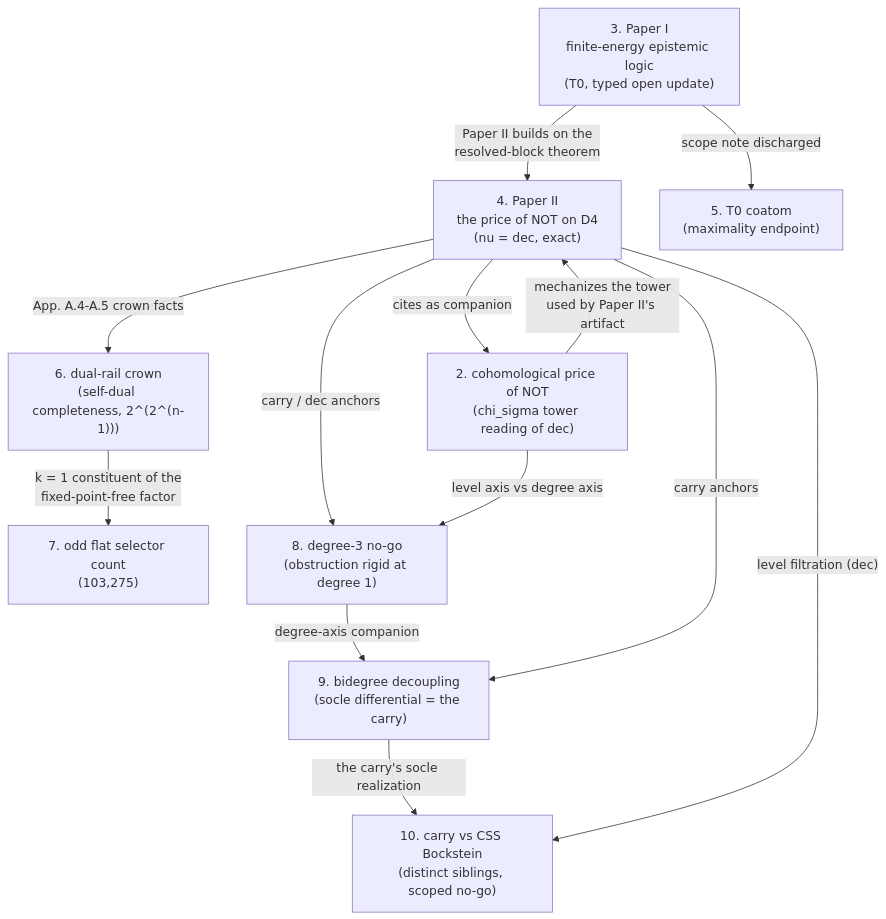
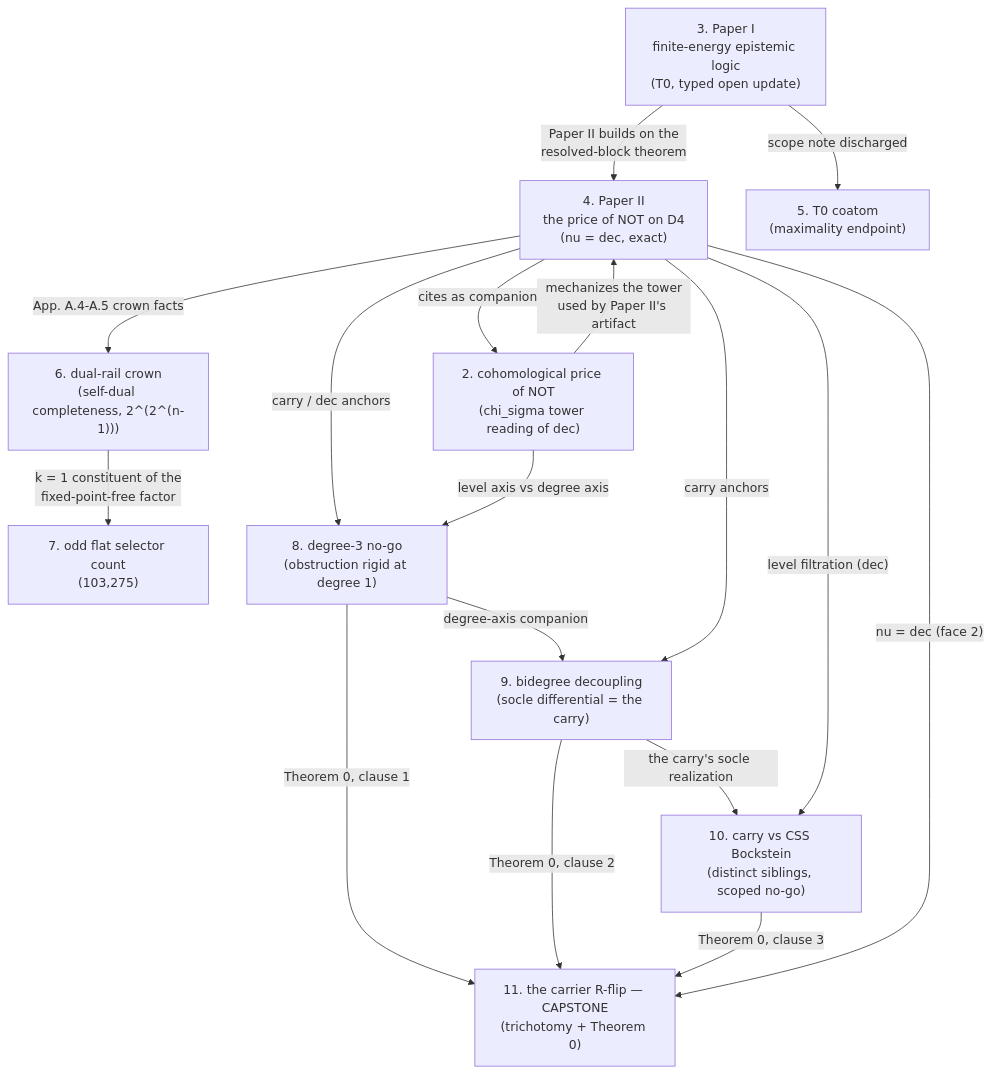
One commit to ycmath/dual-rail-carrier-program changed the diagram in README.md. Above: the diagram before and after it, drawn with Mermaid. The commit also changed other lines of this file, not shown here.

Commit message:
Add release 11 (carrier-r-flip, capstone) to map and DAG

````diff
--- a/README.md
+++ b/README.md
@@ -47,25 +48,30 @@
 ```mermaid
 graph TD
     W1["3. Paper I<br/>finite-energy epistemic logic<br/>(T0, typed open update)"]
     W2["4. Paper II<br/>the price of NOT on D4<br/>(nu = dec, exact)"]
     CN["2. cohomological price of NOT<br/>(chi_sigma tower reading of dec)"]
     CT["5. T0 coatom<br/>(maximality endpoint)"]
     CR["6. dual-rail crown<br/>(self-dual completeness, 2^(2^(n-1)))"]
     OF["7. odd flat selector count<br/>(103,275)"]
     D3["8. degree-3 no-go<br/>(obstruction rigid at degree 1)"]
     BD["9. bidegree decoupling<br/>(socle differential = the carry)"]
     QN["10. carry vs CSS Bockstein<br/>(distinct siblings, scoped no-go)"]
+    RF["11. the carrier R-flip — CAPSTONE<br/>(trichotomy + Theorem 0)"]
 
     W1 -->|"Paper II builds on the<br/>resolved-block theorem"| W2
     W1 -->|"scope note discharged"| CT
     W2 -->|"cites as companion"| CN
     CN -->|"mechanizes the tower<br/>used by Paper II's artifact"| W2
     W2 -->|"App. A.4-A.5 crown facts"| CR
     CR -->|"k = 1 constituent of the<br/>fixed-point-free factor"| OF
     W2 -->|"carry / dec anchors"| D3
     CN -->|"level axis vs degree axis"| D3
     D3 -->|"degree-axis companion"| BD
     W2 -->|"carry anchors"| BD
     BD -->|"the carry's socle realization"| QN
     W2 -->|"level filtration (dec)"| QN
+    D3 -->|"Theorem 0, clause 1"| RF
+    BD -->|"Theorem 0, clause 2"| RF
+    QN -->|"Theorem 0, clause 3"| RF
+    W2 -->|"nu = dec (face 2)"| RF
 ```
````
